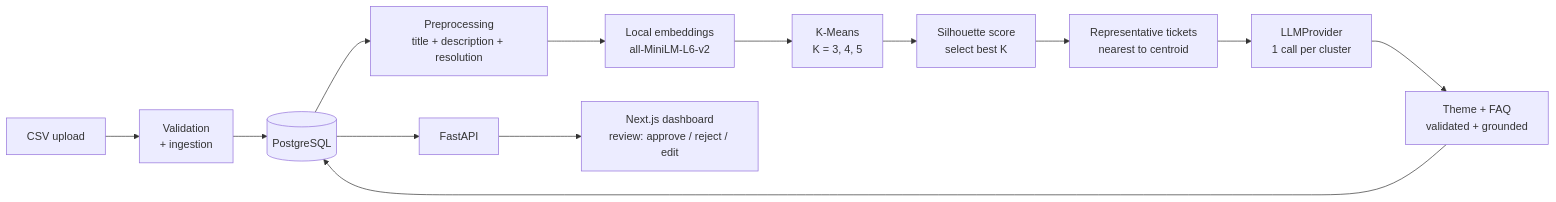
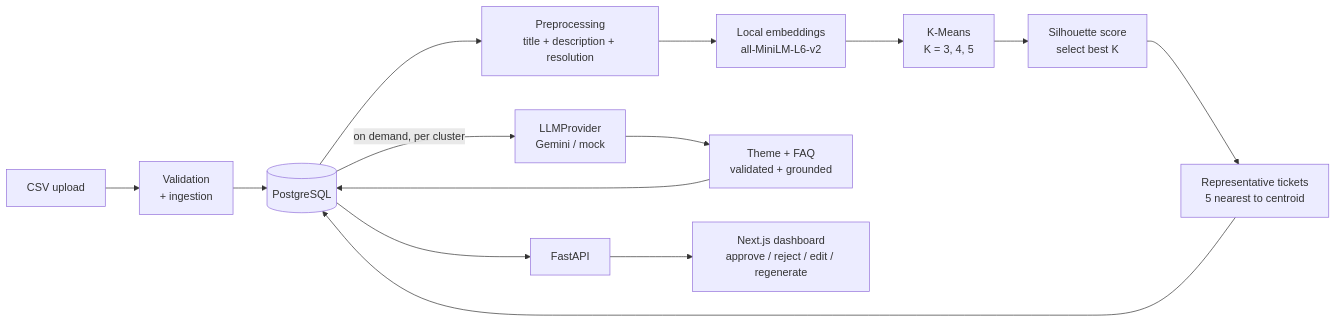
Before and after one commit to abhilasham214/FAQ: the first of 2 diagrams in README.md, drawn with Mermaid. The commit also changed other lines of this file, not shown here.

````diff
--- a/README.md
+++ b/README.md
@@ -25,15 +80,16 @@
 ```mermaid
 flowchart LR
     CSV[CSV upload] --> V[Validation<br/>+ ingestion]
     V --> DB[(PostgreSQL)]
     DB --> P[Preprocessing<br/>title + description + resolution]
     P --> E[Local embeddings<br/>all-MiniLM-L6-v2]
     E --> C[K-Means<br/>K = 3, 4, 5]
     C --> S[Silhouette score<br/>select best K]
-    S --> R[Representative tickets<br/>nearest to centroid]
-    R --> L[LLMProvider<br/>1 call per cluster]
+    S --> R[Representative tickets<br/>5 nearest to centroid]
+    R --> DB
+    DB -- on demand, per cluster --> L[LLMProvider<br/>Gemini / mock]
     L --> F[Theme + FAQ<br/>validated + grounded]
     F --> DB
     DB --> API[FastAPI]
-    API --> UI[Next.js dashboard<br/>review: approve / reject / edit]
+    API --> UI[Next.js dashboard<br/>approve / reject / edit / regenerate]
 ```
````
